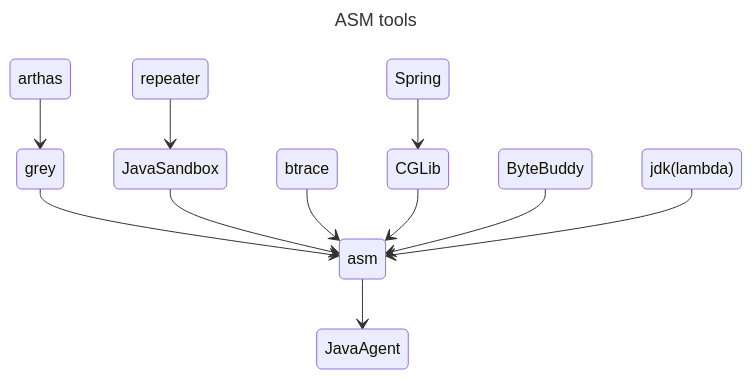
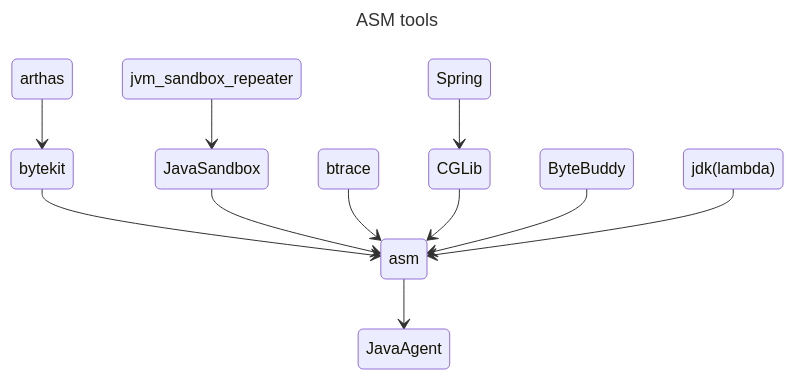
The diagram in docs/Sandbox/ASM.md (deipss/deipss.github.io), drawn with Mermaid before and after one commit.

````diff
--- a/docs/Sandbox/ASM.md
+++ b/docs/Sandbox/ASM.md
@@ -9,18 +9,18 @@
 ```mermaid
 ---
 title: ASM tools
 ---
 stateDiagram-v2
   Spring --> CGLib
-  repeater --> JavaSandbox
-  arthas --> grey
-  grey --> asm
+  jvm_sandbox_repeater --> JavaSandbox
+  arthas --> bytekit
+  bytekit --> asm
   JavaSandbox --> asm
   btrace --> asm
   CGLib --> asm
   ByteBuddy --> asm
   asm --> JavaAgent
   jdk(lambda) --> asm
 
 
 ```
````
